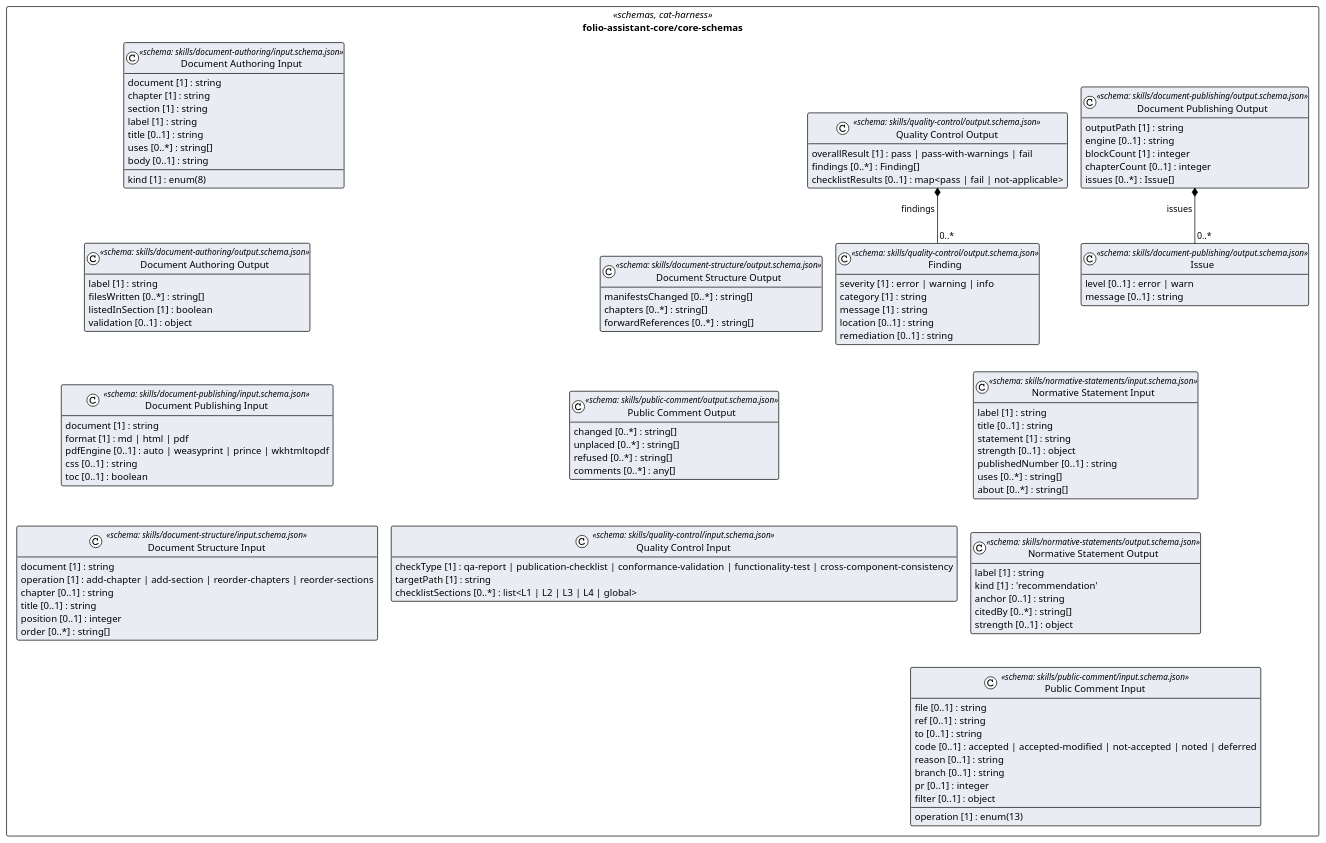
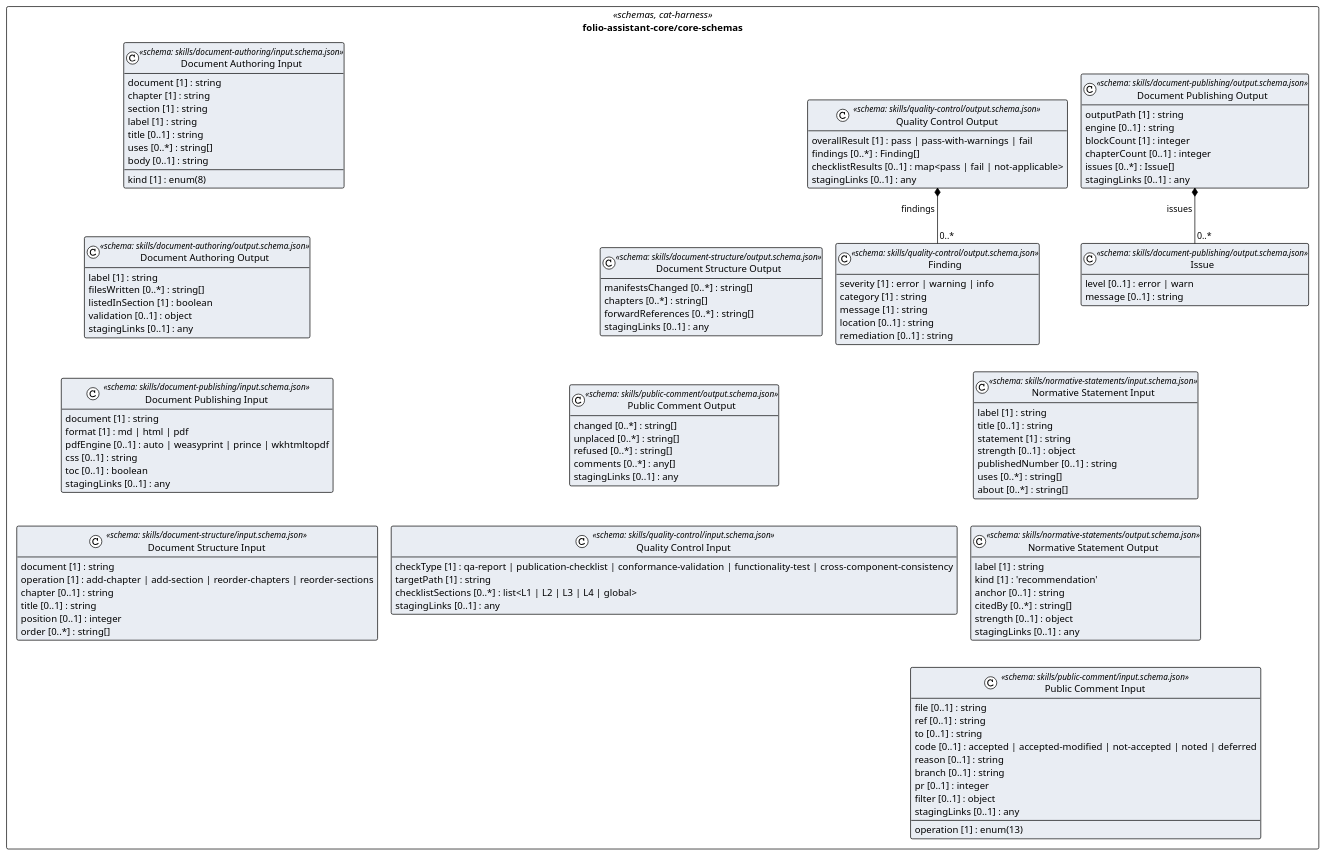
Before and after one commit to litlfred/cat-harness: the diagram in uml/overview/folio-assistant-core/core-schemas.puml, drawn with PlantUML. The commit also changed 474 other files, not shown here.

```diff
--- a/uml/overview/folio-assistant-core/core-schemas.puml
+++ b/uml/overview/folio-assistant-core/core-schemas.puml
@@ -3,111 +3,120 @@
 @startuml folio_assistant_core_core_schemas
 !pragma layout elk
 !theme plain
 skinparam classAttributeIconSize 0
 skinparam shadowing false
 skinparam packageStyle rectangle
 hide empty methods
 
 package "folio-assistant-core/core-schemas" as pkg_folio_assistant_core_core_schemas <<schemas, cat-harness>> {
   class "Document Authoring Input" as folio_assistant_core_core_schemas_skills_document_authoring_input_schema_json_Document_Authoring_Input <<schema: skills/document-authoring/input.schema.json>> #e9edf3 {
     document [1] : string
     chapter [1] : string
     section [1] : string
     kind [1] : enum(8)
     label [1] : string
     title [0..1] : string
     uses [0..*] : string[]
     body [0..1] : string
   }
   class "Document Authoring Output" as folio_assistant_core_core_schemas_skills_document_authoring_output_schema_json_Document_Authoring_Output <<schema: skills/document-authoring/output.schema.json>> #e9edf3 {
     label [1] : string
     filesWritten [0..*] : string[]
     listedInSection [1] : boolean
     validation [0..1] : object
+    stagingLinks [0..1] : any
   }
   class "Document Publishing Input" as folio_assistant_core_core_schemas_skills_document_publishing_input_schema_json_Document_Publishing_Input <<schema: skills/document-publishing/input.schema.json>> #e9edf3 {
     document [1] : string
     format [1] : md | html | pdf
     pdfEngine [0..1] : auto | weasyprint | prince | wkhtmltopdf
     css [0..1] : string
     toc [0..1] : boolean
+    stagingLinks [0..1] : any
   }
   class "Issue" as folio_assistant_core_core_schemas_skills_document_publishing_output_schema_json_Issue <<schema: skills/document-publishing/output.schema.json>> #e9edf3 {
     level [0..1] : error | warn
     message [0..1] : string
   }
   class "Document Publishing Output" as folio_assistant_core_core_schemas_skills_document_publishing_output_schema_json_Document_Publishing_Output <<schema: skills/document-publishing/output.schema.json>> #e9edf3 {
     outputPath [1] : string
     engine [0..1] : string
     blockCount [1] : integer
     chapterCount [0..1] : integer
     issues [0..*] : Issue[]
+    stagingLinks [0..1] : any
   }
   class "Document Structure Input" as folio_assistant_core_core_schemas_skills_document_structure_input_schema_json_Document_Structure_Input <<schema: skills/document-structure/input.schema.json>> #e9edf3 {
     document [1] : string
     operation [1] : add-chapter | add-section | reorder-chapters | reorder-sections
     chapter [0..1] : string
     title [0..1] : string
     position [0..1] : integer
     order [0..*] : string[]
   }
   class "Document Structure Output" as folio_assistant_core_core_schemas_skills_document_structure_output_schema_json_Document_Structure_Output <<schema: skills/document-structure/output.schema.json>> #e9edf3 {
     manifestsChanged [0..*] : string[]
     chapters [0..*] : string[]
     forwardReferences [0..*] : string[]
+    stagingLinks [0..1] : any
   }
   class "Normative Statement Input" as folio_assistant_core_core_schemas_skills_normative_statements_input_schema_json_Normative_Statement_Input <<schema: skills/normative-statements/input.schema.json>> #e9edf3 {
     label [1] : string
     title [0..1] : string
     statement [1] : string
     strength [0..1] : object
     publishedNumber [0..1] : string
     uses [0..*] : string[]
     about [0..*] : string[]
   }
   class "Normative Statement Output" as folio_assistant_core_core_schemas_skills_normative_statements_output_schema_json_Normative_Statement_Output <<schema: skills/normative-statements/output.schema.json>> #e9edf3 {
     label [1] : string
     kind [1] : 'recommendation'
     anchor [0..1] : string
     citedBy [0..*] : string[]
     strength [0..1] : object
+    stagingLinks [0..1] : any
   }
   class "Public Comment Input" as folio_assistant_core_core_schemas_skills_public_comment_input_schema_json_Public_Comment_Input <<schema: skills/public-comment/input.schema.json>> #e9edf3 {
     operation [1] : enum(13)
     file [0..1] : string
     ref [0..1] : string
     to [0..1] : string
     code [0..1] : accepted | accepted-modified | not-accepted | noted | deferred
     reason [0..1] : string
     branch [0..1] : string
     pr [0..1] : integer
     filter [0..1] : object
+    stagingLinks [0..1] : any
   }
   class "Public Comment Output" as folio_assistant_core_core_schemas_skills_public_comment_output_schema_json_Public_Comment_Output <<schema: skills/public-comment/output.schema.json>> #e9edf3 {
     changed [0..*] : string[]
     unplaced [0..*] : string[]
     refused [0..*] : string[]
     comments [0..*] : any[]
+    stagingLinks [0..1] : any
   }
   class "Quality Control Input" as folio_assistant_core_core_schemas_skills_quality_control_input_schema_json_Quality_Control_Input <<schema: skills/quality-control/input.schema.json>> #e9edf3 {
     checkType [1] : qa-report | publication-checklist | conformance-validation | functionality-test | cross-component-consistency
     targetPath [1] : string
     checklistSections [0..*] : list<L1 | L2 | L3 | L4 | global>
+    stagingLinks [0..1] : any
   }
   class "Finding" as folio_assistant_core_core_schemas_skills_quality_control_output_schema_json_Finding <<schema: skills/quality-control/output.schema.json>> #e9edf3 {
     severity [1] : error | warning | info
     category [1] : string
     message [1] : string
     location [0..1] : string
     remediation [0..1] : string
   }
   class "Quality Control Output" as folio_assistant_core_core_schemas_skills_quality_control_output_schema_json_Quality_Control_Output <<schema: skills/quality-control/output.schema.json>> #e9edf3 {
     overallResult [1] : pass | pass-with-warnings | fail
     findings [0..*] : Finding[]
     checklistResults [0..1] : map<pass | fail | not-applicable>
+    stagingLinks [0..1] : any
   }
 }
 
 folio_assistant_core_core_schemas_skills_document_publishing_output_schema_json_Document_Publishing_Output *-- "0..*" folio_assistant_core_core_schemas_skills_document_publishing_output_schema_json_Issue : issues
 folio_assistant_core_core_schemas_skills_quality_control_output_schema_json_Quality_Control_Output *-- "0..*" folio_assistant_core_core_schemas_skills_quality_control_output_schema_json_Finding : findings
 @enduml
```
